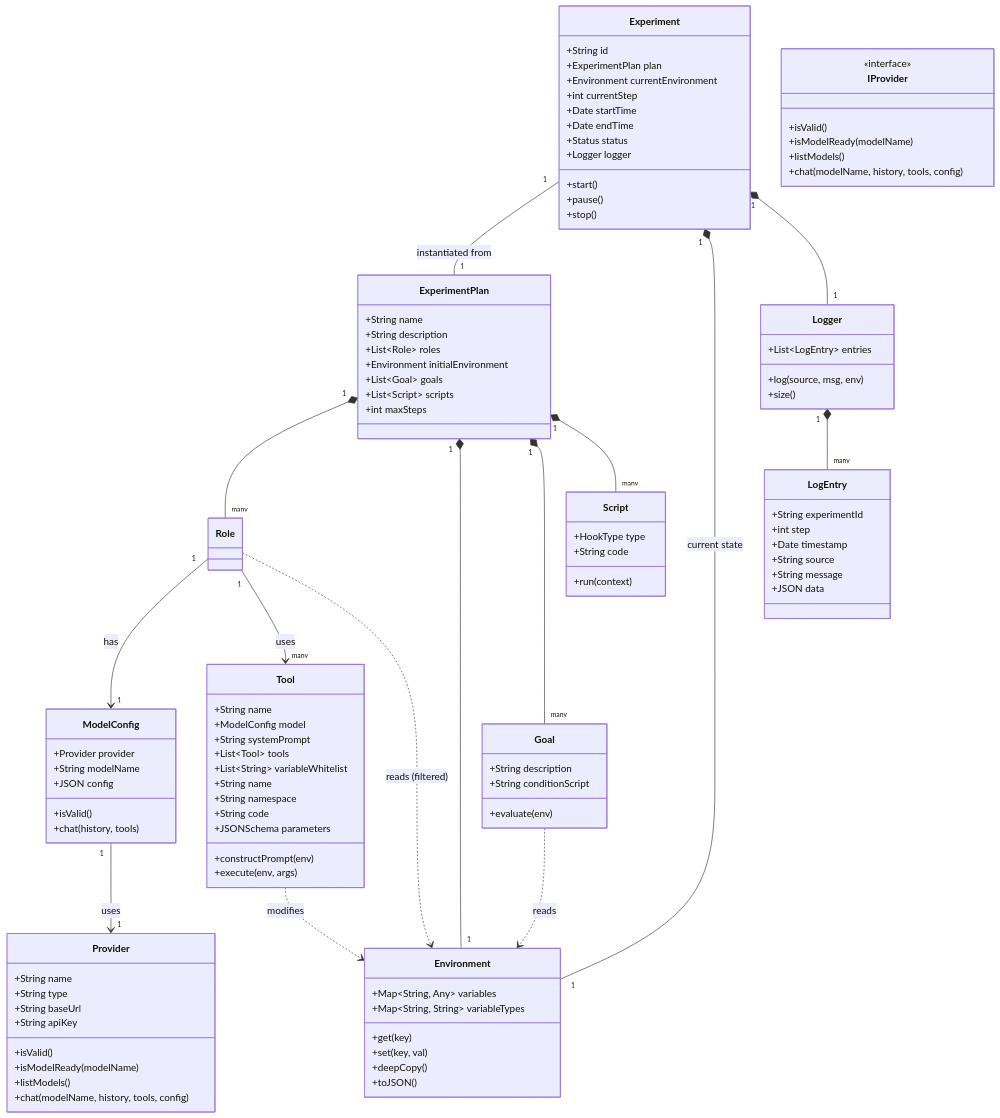
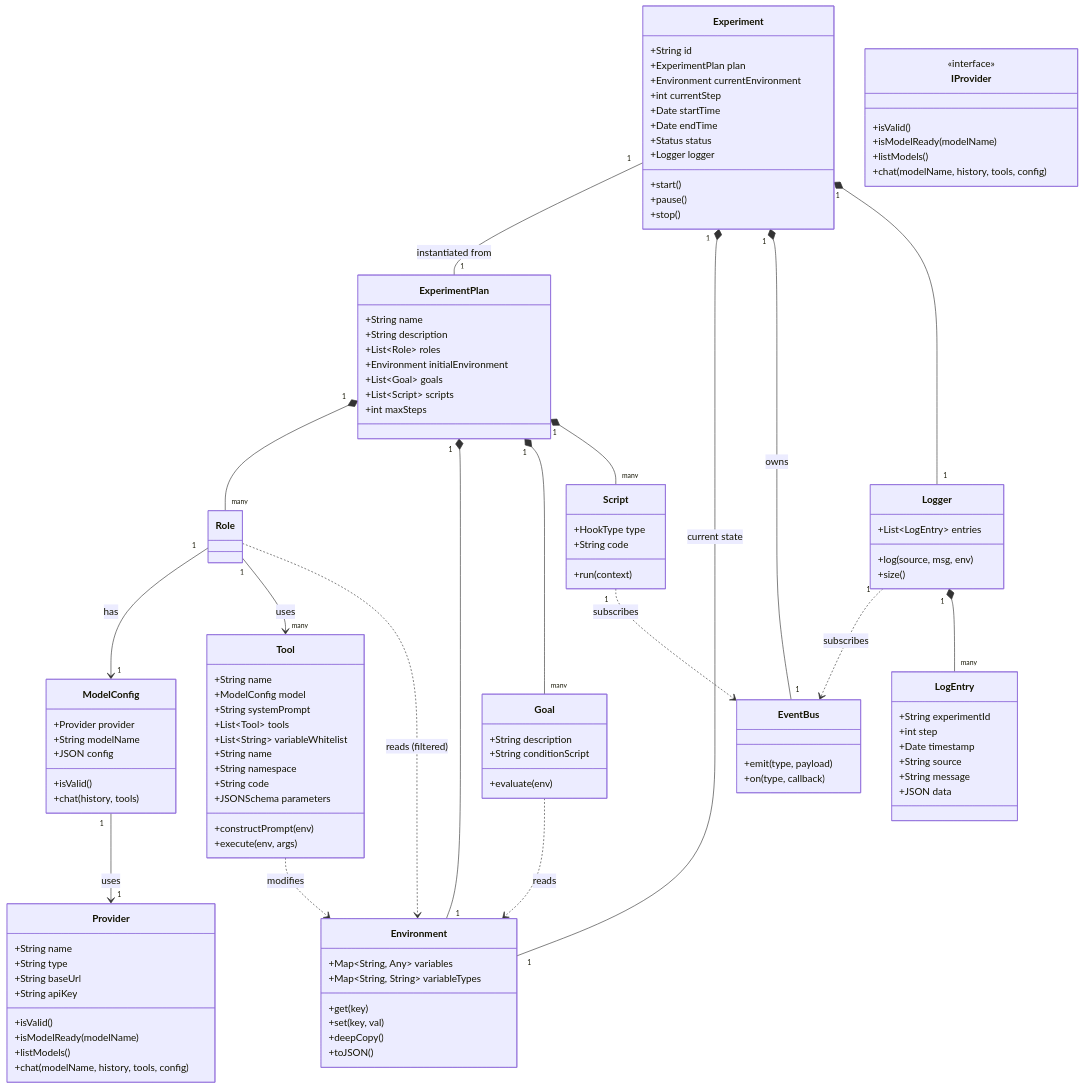
The first of 2 diagrams in SPEC.md (aldonadi/scientist-ai), drawn with Mermaid before and after one commit. The commit also changed other lines of this file, not shown here.

Commit message:
feat: Introduce EventBus to decouple the execution engine from logging and script hooks, and update the experiment lifecycle to use event emissions.

```diff
--- a/SPEC.md
+++ b/SPEC.md
@@ -261,6 +274,11 @@
         +run(context)
     }
 
+    class EventBus {
+        +emit(type, payload)
+        +on(type, callback)
+    }
+
     class LogEntry {
         +String experimentId
         +int step
@@ -282,6 +300,9 @@
     ExperimentPlan "1" *-- "many" Script
     Experiment "1" -- "1" ExperimentPlan : instantiated from
     Experiment "1" *-- "1" Environment : current state
+    Experiment "1" *-- "1" EventBus : owns
+    Logger "1" ..> EventBus : subscribes
+    Script "1" ..> EventBus : subscribes
     Experiment "1" *-- "1" Logger
     Logger "1" *-- "many" LogEntry
     Role "1" --> "1" ModelConfig : has
```
